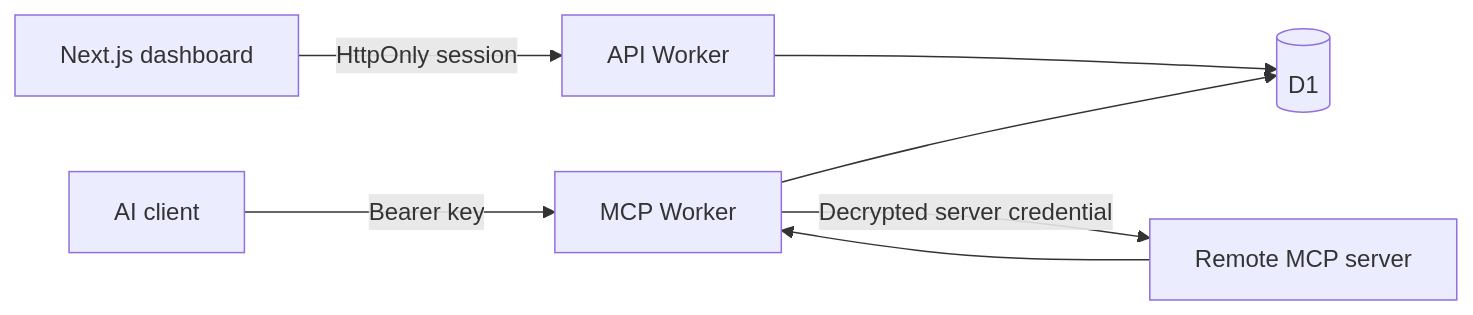
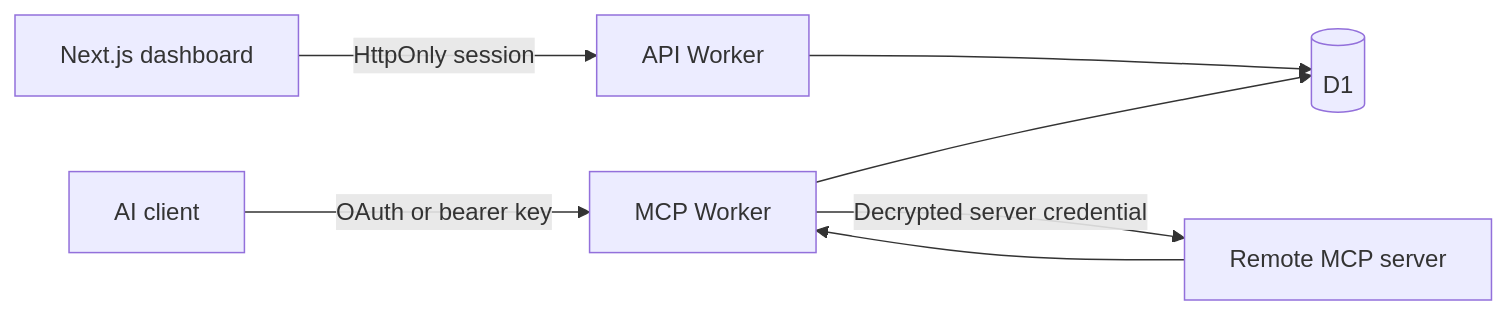
The diagram in docs/architecture.md (codemers/Mack), drawn with Mermaid before and after one commit. The commit also changed other lines of this file and 21 other files, not shown here.

First line of the commit message:
Add OAuth 2.1 so external MCP clients can connect to Mack

````diff
--- a/docs/architecture.md
+++ b/docs/architecture.md
@@ -7,9 +7,9 @@
 ```mermaid
 flowchart LR
-  AI[AI client] -->|Bearer key| Gateway[MCP Worker]
+  AI[AI client] -->|OAuth or bearer key| Gateway[MCP Worker]
   Web[Next.js dashboard] -->|HttpOnly session| API[API Worker]
   API --> DB[(D1)]
   Gateway --> DB
   Gateway -->|Decrypted server credential| Remote[Remote MCP server]
   Remote --> Gateway
 ```
````
